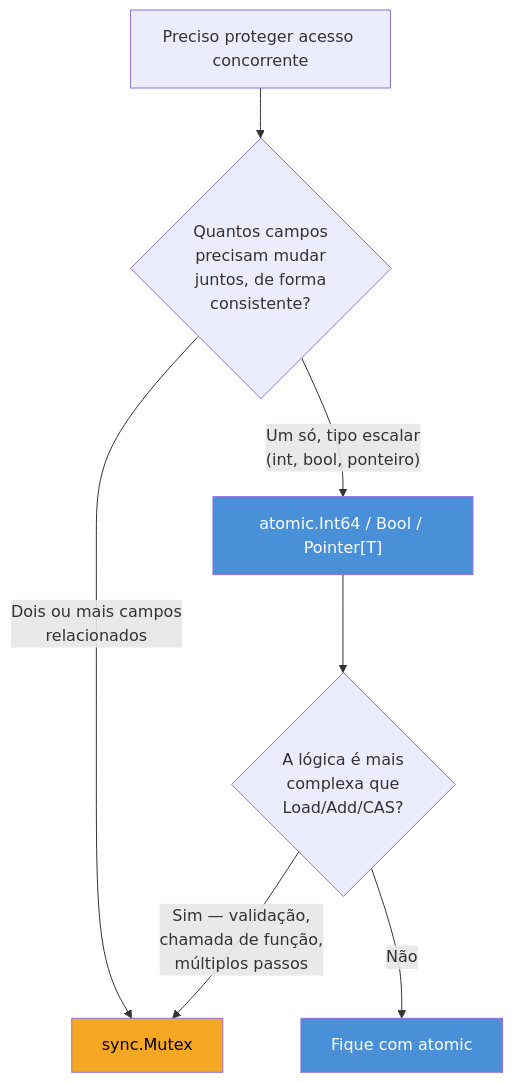
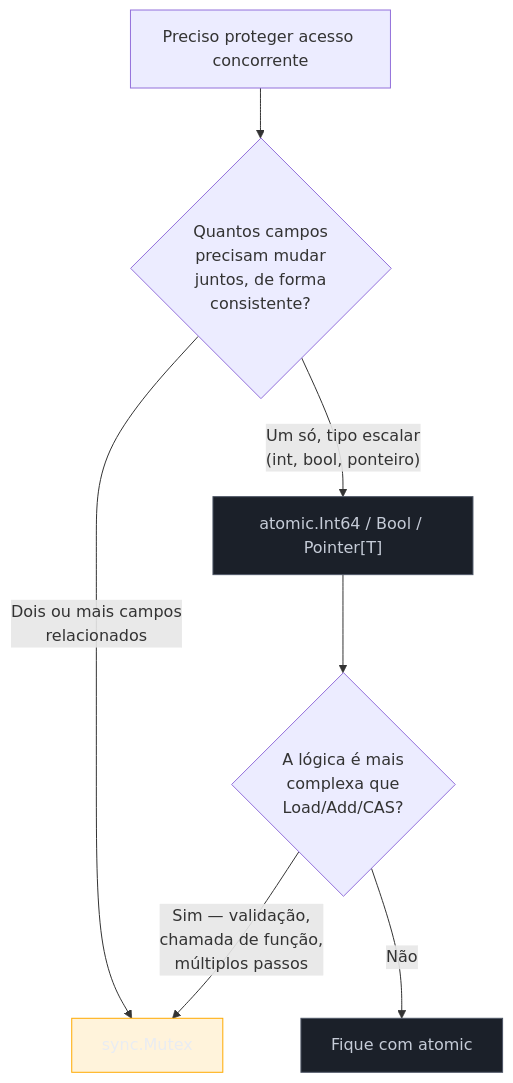
One commit to josenaldo/codex-technomanticus changed the second of 2 diagrams in 03-Dominios/Tecnologia/Go/09 - Sincronização e context/04 - atomic e sync-atomic.md. Above: the diagram before and after it, drawn with Mermaid. The commit also changed 1181 other files, not shown here.

First line of the commit message:
fix(diagramas): paleta do sistema no lugar de cor cravada no markdown

````diff
--- a/03-Dominios/Tecnologia/Go/09 - Sincronização e context/04 - atomic e sync-atomic.md
+++ b/03-Dominios/Tecnologia/Go/09 - Sincronização e context/04 - atomic e sync-atomic.md
@@ -151,13 +151,15 @@
 ```mermaid
 flowchart TD
+    classDef neutro fill:#1B2029,stroke:#4E5666,color:#C6CCD8
+    classDef destaque fill:#FFAA0024,stroke:#FFAA00,color:#E9ECF2
     A["Preciso proteger acesso concorrente"] --> B{"Quantos campos\nprecisam mudar\njuntos, de forma\nconsistente?"}
     B -->|"Um só, tipo escalar\n(int, bool, ponteiro)"| C["atomic.Int64 / Bool / Pointer[T]"]
     B -->|"Dois ou mais campos\nrelacionados"| D["sync.Mutex"]
     C --> E{"A lógica é mais\ncomplexa que\nLoad/Add/CAS?"}
     E -->|"Sim — validação,\nchamada de função,\nmúltiplos passos"| D
     E -->|"Não"| F["Fique com atomic"]
 
-    style C fill:#4A90D9,color:#fff
-    style D fill:#F5A623,color:#000
-    style F fill:#4A90D9,color:#fff
+    class C neutro
+    class D destaque
+    class F neutro
 ```
````
